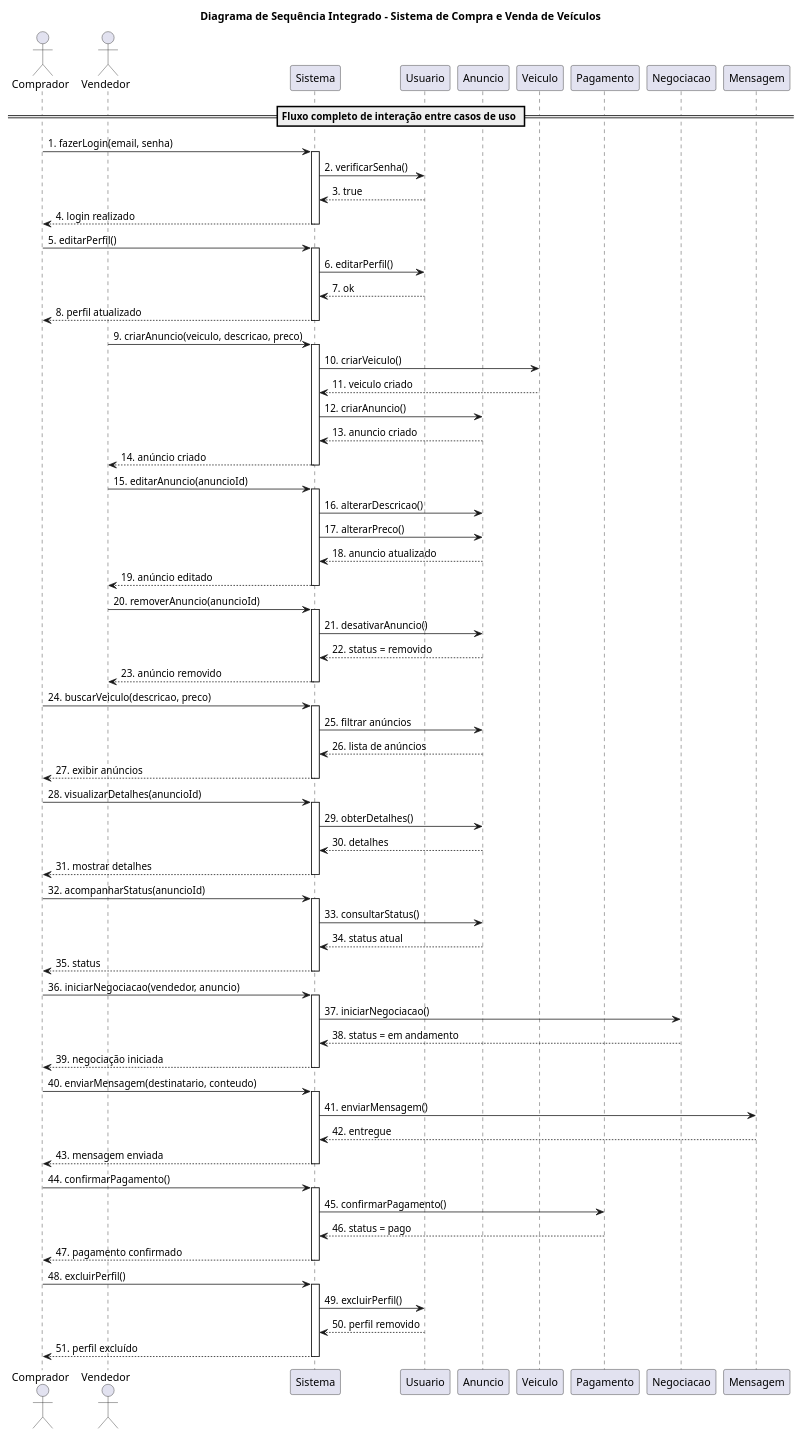
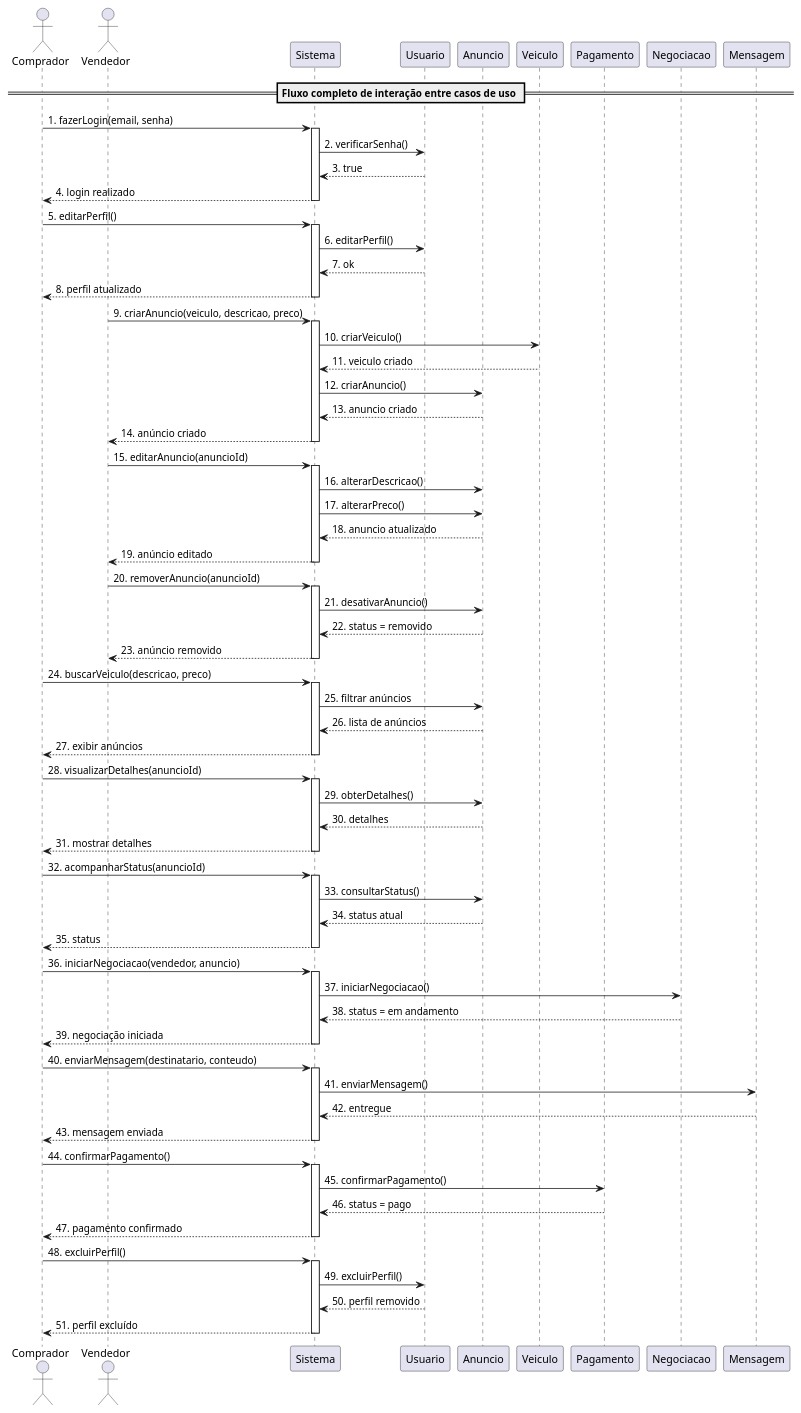
One commit to guilhermeoliveirateo/sistema-compra-venda-veiculos changed the diagram in sequencia.md. Above: the diagram before and after it, drawn with PlantUML.

````diff
--- a/sequencia.md
+++ b/sequencia.md
@@ -3,6 +3,5 @@
 ```plantuml
 @startuml
-title Diagrama de Sequência Integrado - Sistema de Compra e Venda de Veículos
 
 actor Comprador
 actor Vendedor
````
